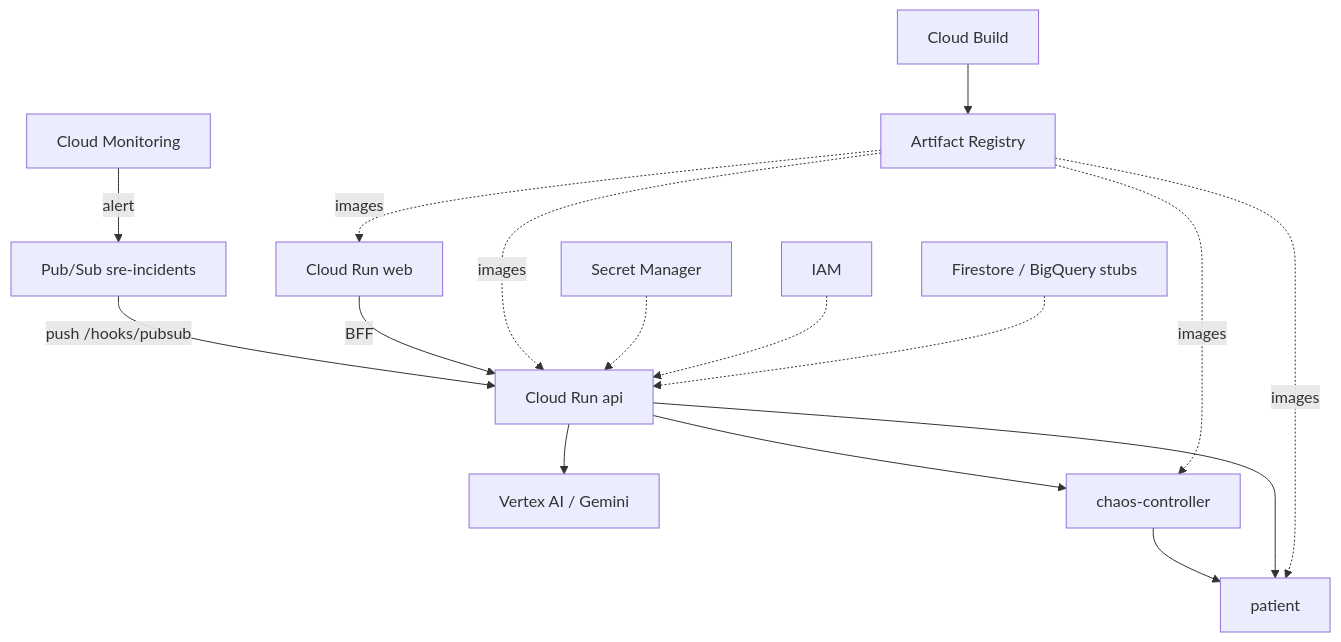
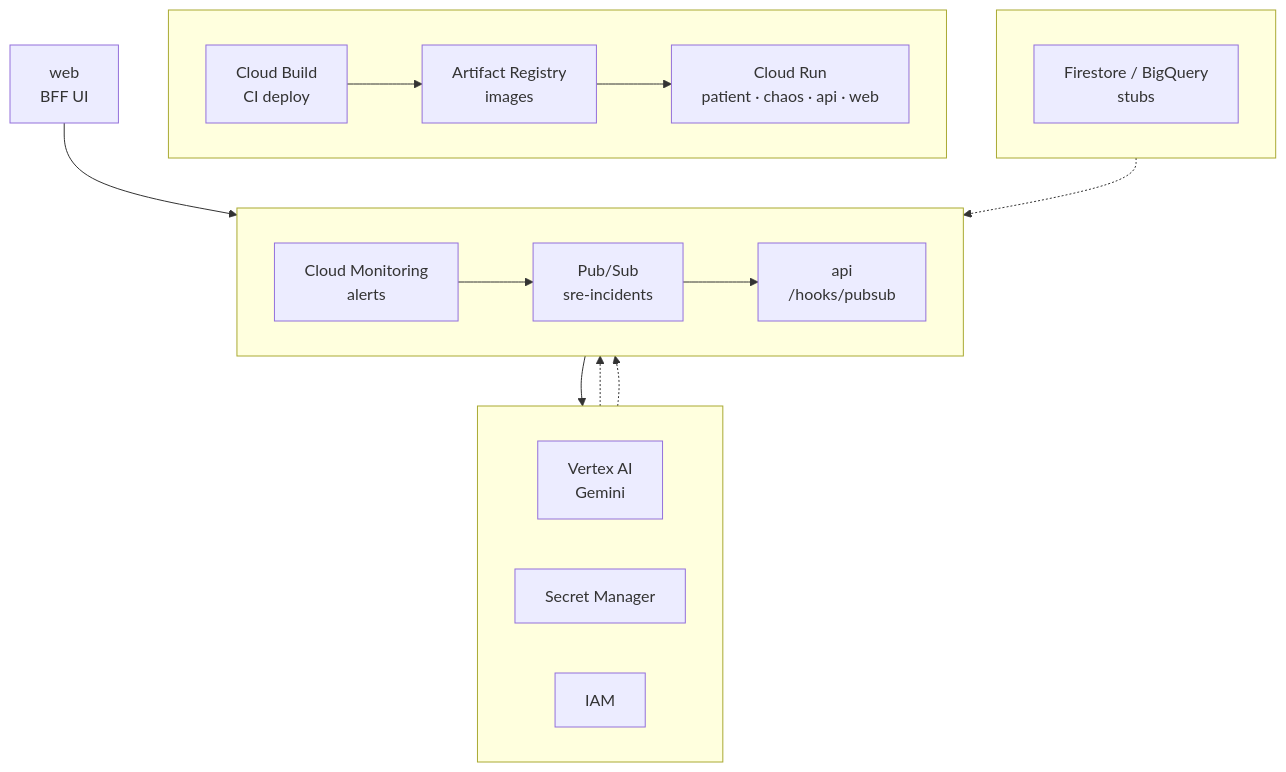
Before and after one commit to HOSH19/gcp_sre_multiagent: the second of 2 diagrams in README.md, drawn with Mermaid. The commit also changed other lines of this file and 17 other files, not shown here.

First line of the commit message:
Wire MODE=gcp to real Cloud Run Admin and Logging APIs.

````diff
--- a/README.md
+++ b/README.md
@@ -32,16 +32,29 @@
 ```mermaid
 flowchart TB
-  mon[Cloud Monitoring] -->|alert| pub[Pub/Sub sre-incidents]
-  pub -->|push /hooks/pubsub| api[Cloud Run api]
-  web[Cloud Run web] -->|BFF| api
-  api --> vertex[Vertex AI / Gemini]
-  api --> chaos[chaos-controller]
-  chaos --> patient[patient]
-  api --> patient
 
-  cb[Cloud Build] --> ar[Artifact Registry]
-  ar -.->|images| api & chaos & patient & web
-  sm[Secret Manager] -.-> api
-  iam[IAM] -.-> api
-  stub[Firestore / BigQuery stubs] -.-> api
+  subgraph row1[" "]
+    direction LR
+    cb["Cloud Build<br/>CI deploy"] --> ar["Artifact Registry<br/>images"] --> run["Cloud Run<br/>patient · chaos · api · web"]
+  end
+
+  subgraph row2[" "]
+    direction LR
+    mon["Cloud Monitoring<br/>alerts"] --> pub["Pub/Sub<br/>sre-incidents"] --> api["api<br/>/hooks/pubsub"]
+  end
+
+  subgraph row3[" "]
+    direction LR
+    vertex["Vertex AI<br/>Gemini"] & sm["Secret Manager"] & iam["IAM"]
+  end
+
+  subgraph row4[" "]
+    direction LR
+    stub["Firestore / BigQuery<br/>stubs"]
+  end
+
+  web["web<br/>BFF UI"] --> api
+  api --> vertex
+  sm -.-> api
+  iam -.-> api
+  stub -.-> api
 ```
````
